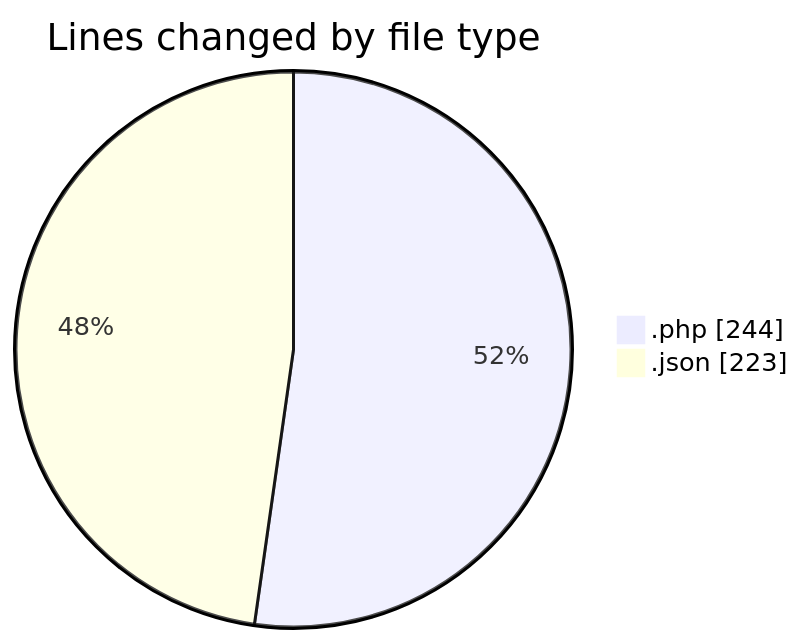
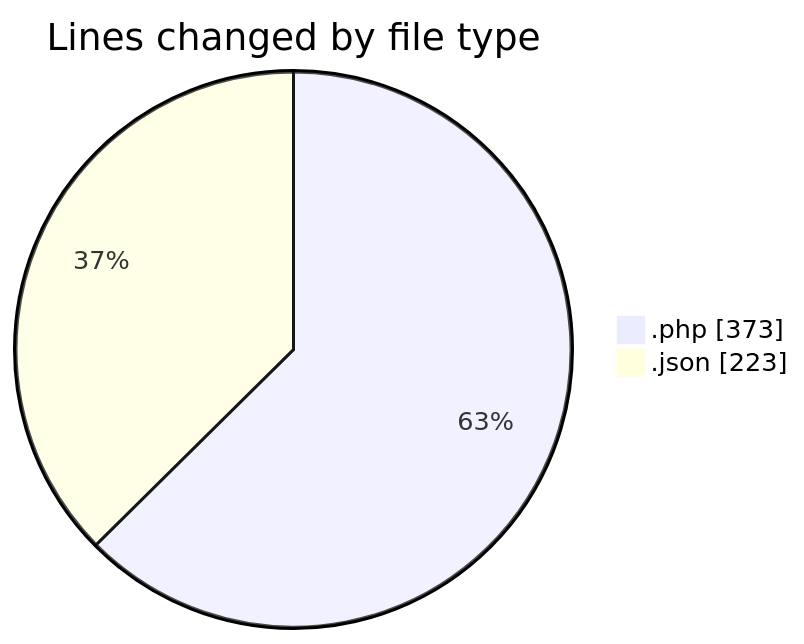
One commit to idhammustaqopulfikri/code-tracking changed the first of 2 diagrams in 2025-03-27/autodidak/README.md. Above: the diagram before and after it, drawn with Mermaid. The commit also changed other lines of this file and 1 other file, not shown here.

````diff
--- a/2025-03-27/autodidak/README.md
+++ b/2025-03-27/autodidak/README.md
@@ -24,6 +26,6 @@
 ```mermaid
 pie showData
 title Lines changed by file type
-".php" : 244
+".php" : 373
 ".json" : 223
 ```
````
